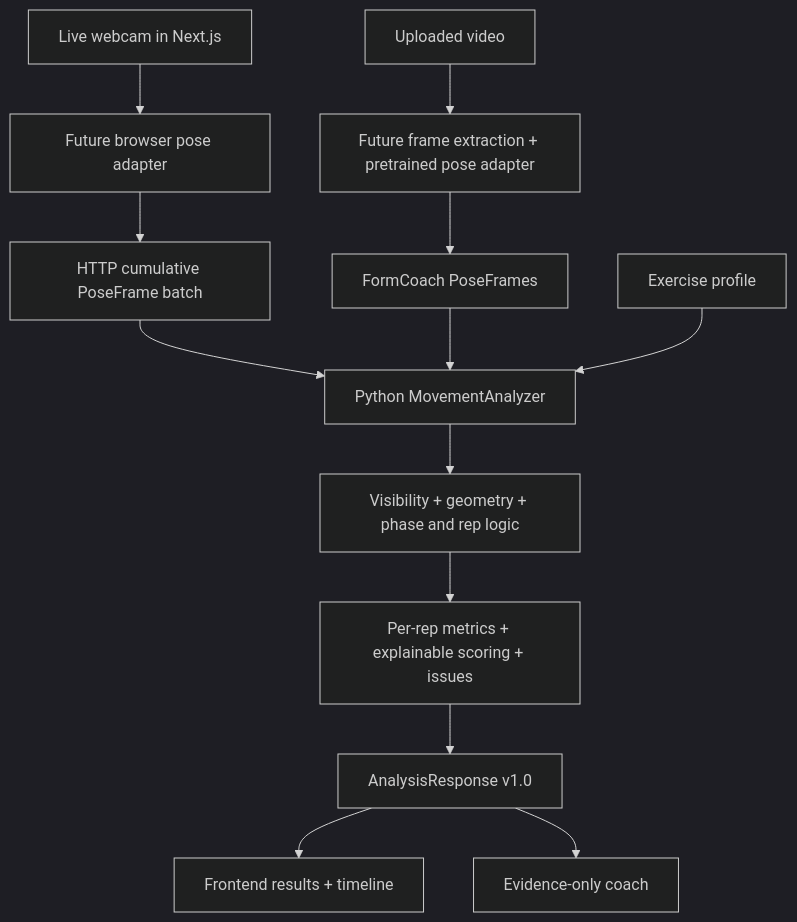
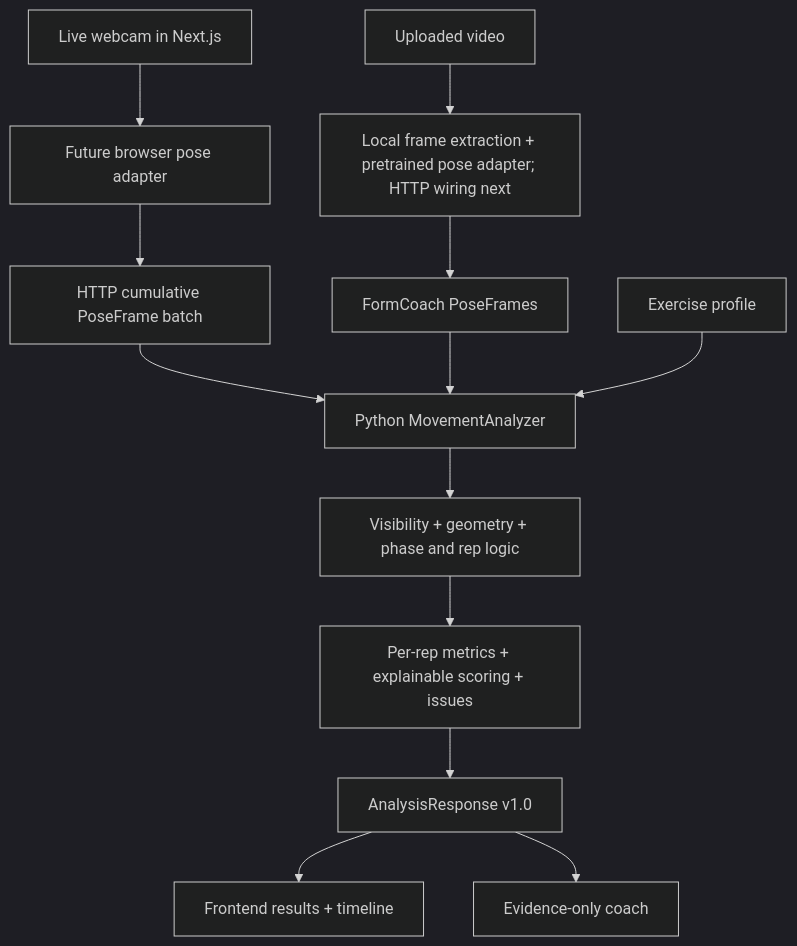
Before and after one commit to Arpitv26/FormCoach: the diagram in docs/ARCHITECTURE.md, drawn with Mermaid (dark theme). The commit also changed other lines of this file and 6 other files, not shown here.

````diff
--- a/docs/ARCHITECTURE.md
+++ b/docs/ARCHITECTURE.md
@@ -6,15 +6,15 @@
 ```mermaid
 flowchart TD
   Camera[Live webcam in Next.js] --> BrowserPose[Future browser pose adapter]
   BrowserPose --> Batch[HTTP cumulative PoseFrame batch]
   Batch --> Analyzer[Python MovementAnalyzer]
-  Upload[Uploaded video] --> Video[Future frame extraction + pretrained pose adapter]
+  Upload[Uploaded video] --> Video[Local frame extraction + pretrained pose adapter; HTTP wiring next]
   Video --> Poses[FormCoach PoseFrames]
   Poses --> Analyzer
   Profile[Exercise profile] --> Analyzer
   Analyzer --> Geometry[Visibility + geometry + phase and rep logic]
   Geometry --> Evidence[Per-rep metrics + explainable scoring + issues]
   Evidence --> JSON[AnalysisResponse v1.0]
   JSON --> Dashboard[Frontend results + timeline]
   JSON --> Coach[Evidence-only coach]
 ```
````
